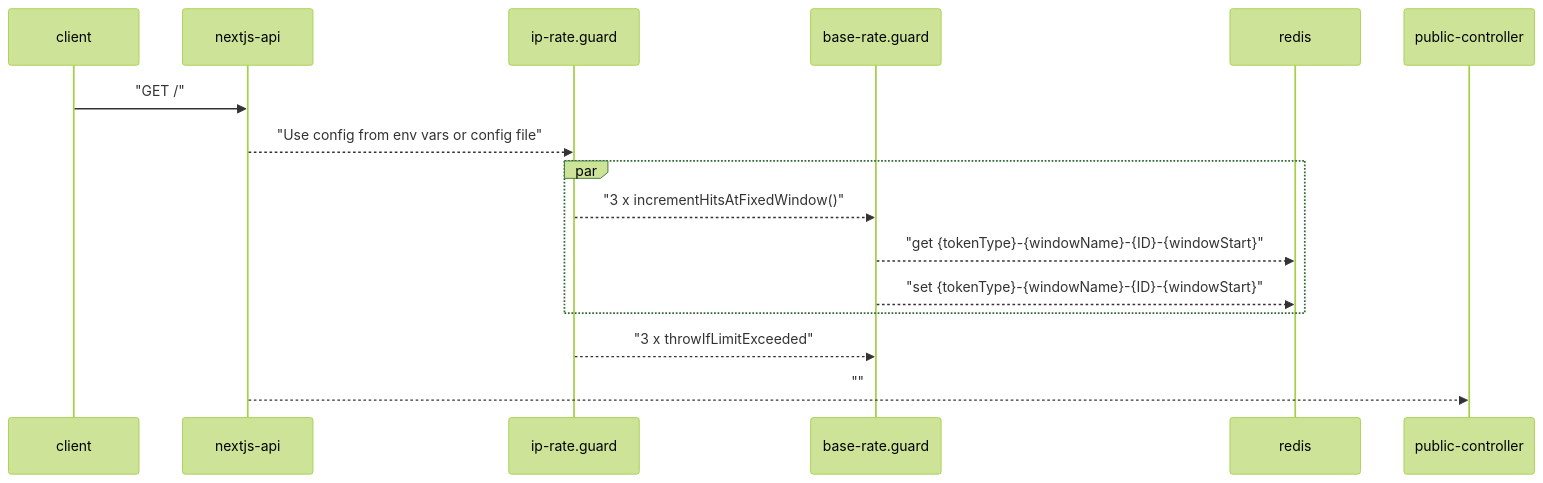
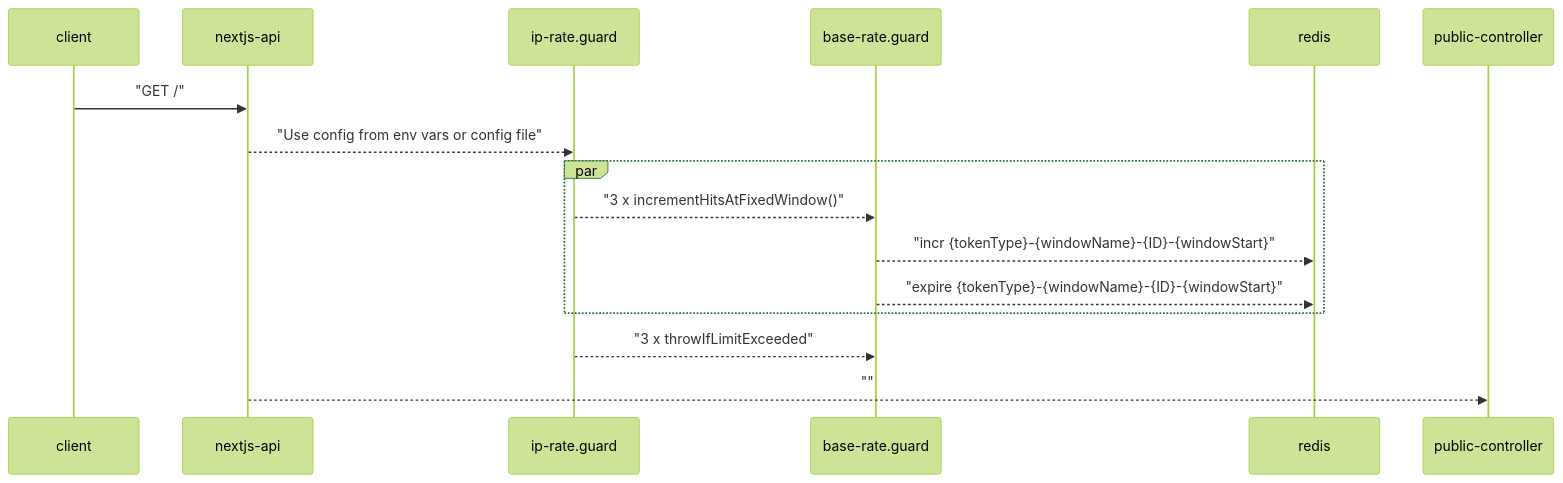
Before and after one commit to tot-ra/sandbox-nestjs-auth-ratelimit: the third of 4 diagrams in README.md, drawn with Mermaid (forest theme). The commit also changed other lines of this file and 2 other files, not shown here.

Commit message:
add e2e test for ratelimit testing fix redis read/write delays with more atomic increment with expiration

````diff
--- a/README.md
+++ b/README.md
@@ -44,16 +44,16 @@
 ```mermaid
 sequenceDiagram
     client ->> nextjs-api: "GET /"
     nextjs-api -->> ip-rate.guard: "Use config from env vars or config file"
     
     
     par
     ip-rate.guard -->> base-rate.guard: "3 x incrementHitsAtFixedWindow()"
-        base-rate.guard -->> redis:"get {tokenType}-{windowName}-{ID}-{windowStart}"  
-        base-rate.guard -->> redis:"set {tokenType}-{windowName}-{ID}-{windowStart}"  
+        base-rate.guard -->> redis:"incr {tokenType}-{windowName}-{ID}-{windowStart}"  
+        base-rate.guard -->> redis:"expire {tokenType}-{windowName}-{ID}-{windowStart}"  
     
     end
     
     ip-rate.guard -->> base-rate.guard: "3 x throwIfLimitExceeded"
     nextjs-api -->> public-controller:""
 ```
````
